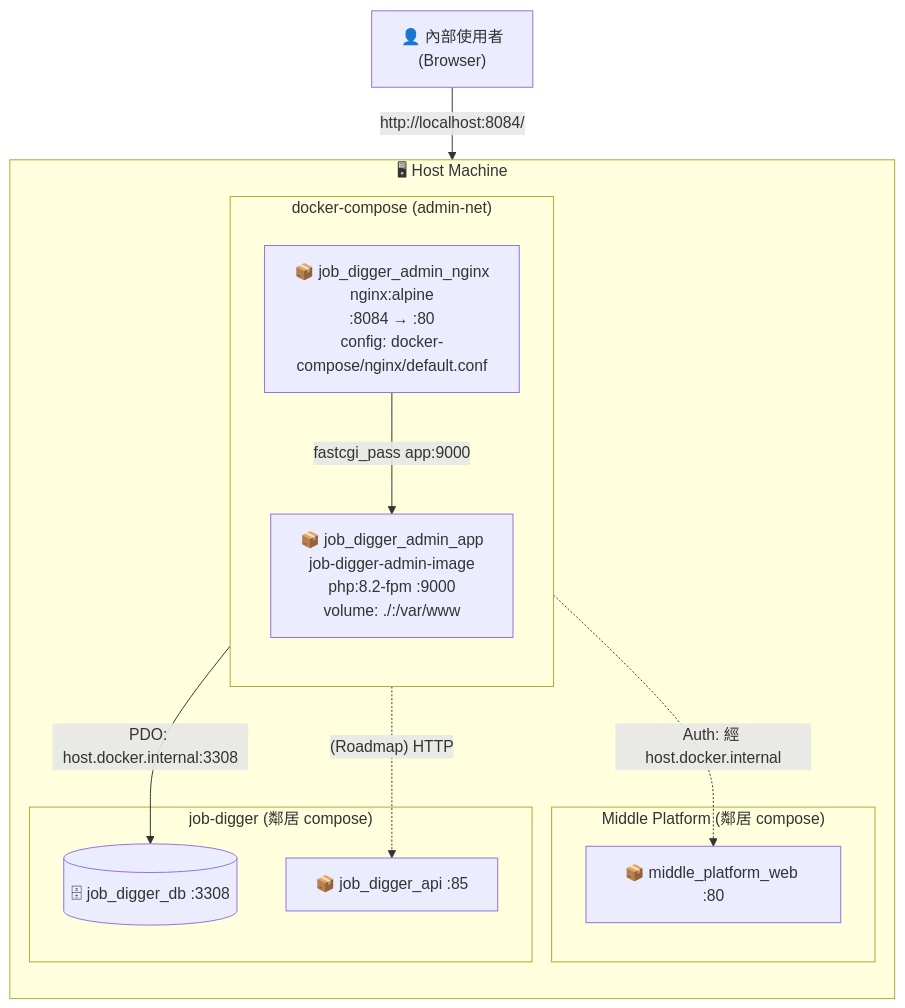
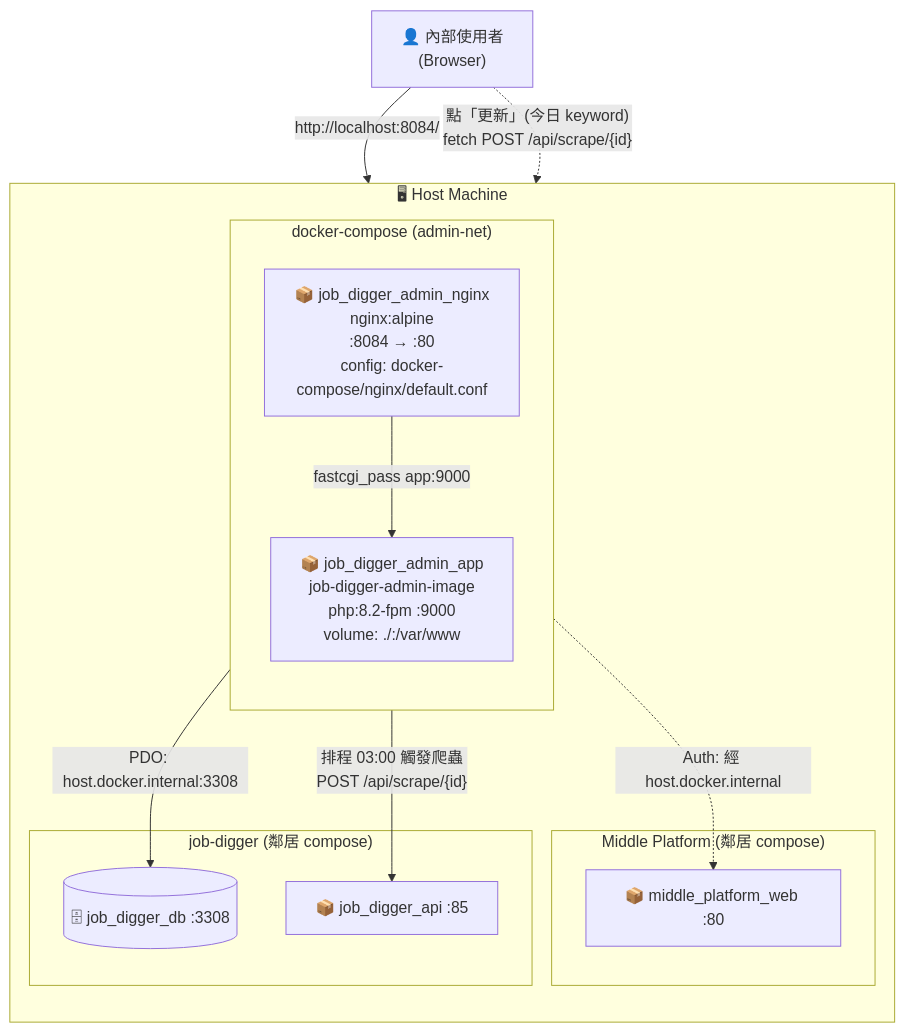
Before and after one commit to jacky0996/job_digger_admin: the diagram in docs/deployment.md, drawn with Mermaid. The commit also changed other lines of this file and 16 other files, not shown here.

````diff
--- a/docs/deployment.md
+++ b/docs/deployment.md
@@ -11,29 +11,30 @@
 ```mermaid
 flowchart TB
     user["👤 內部使用者<br/>(Browser)"]
 
     subgraph host["🖥 Host Machine"]
         direction TB
 
         subgraph admin_compose["docker-compose (admin-net)"]
             direction TB
             nginx["📦 job_digger_admin_nginx<br/>nginx:alpine<br/>:8084 → :80<br/>config: docker-compose/nginx/default.conf"]
             app["📦 job_digger_admin_app<br/>job-digger-admin-image<br/>php:8.2-fpm :9000<br/>volume: ./:/var/www"]
             nginx -- "fastcgi_pass app:9000" --> app
         end
 
         subgraph mp_compose["Middle Platform (鄰居 compose)"]
             mp["📦 middle_platform_web :80"]
         end
 
         subgraph digger_compose["job-digger (鄰居 compose)"]
             digger_db[("🗄 job_digger_db :3308")]
             digger_api["📦 job_digger_api :85"]
         end
     end
 
     user -- "http://localhost:8084/" --> nginx
     app -. "Auth: 經 host.docker.internal" .-> mp
     app -- "PDO: host.docker.internal:3308" --> digger_db
-    app -. "(Roadmap) HTTP" .-> digger_api
+    app -- "排程 03:00 觸發爬蟲<br/>POST /api/scrape/{id}" --> digger_api
+    user -. "點「更新」(今日 keyword)<br/>fetch POST /api/scrape/{id}" .-> digger_api
 ```
````
